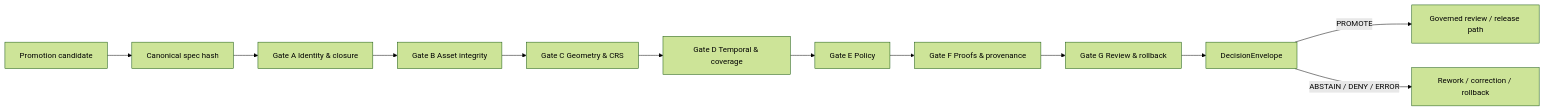
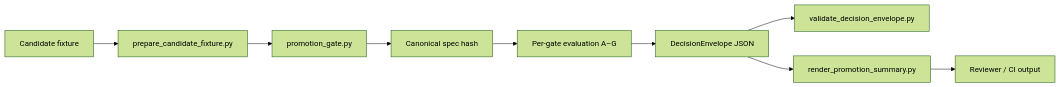
The diagram in tools/validators/promotion_gate/README.md (bartytime4life/Kansas-Frontier-Matrix), drawn with Mermaid (forest theme) before and after one commit. The commit also changed other lines of this file, not shown here.

First line of the commit message:
Revise README.md for promotion gate updates

````diff
--- a/tools/validators/promotion_gate/README.md
+++ b/tools/validators/promotion_gate/README.md
@@ -291,14 +257,11 @@
 ```mermaid
 flowchart LR
-    A[Promotion candidate] --> B[Canonical spec hash]
-    B --> C[Gate A Identity & closure]
-    C --> D[Gate B Asset integrity]
-    D --> E[Gate C Geometry & CRS]
-    E --> F[Gate D Temporal & coverage]
-    F --> G[Gate E Policy]
-    G --> H[Gate F Proofs & provenance]
-    H --> I[Gate G Review & rollback]
-    I --> J[DecisionEnvelope]
-    J -->|PROMOTE| K[Governed review / release path]
-    J -->|ABSTAIN / DENY / ERROR| L[Rework / correction / rollback]
+    A[Candidate fixture] --> B[prepare_candidate_fixture.py]
+    B --> C[promotion_gate.py]
+    C --> D[Canonical spec hash]
+    D --> E[Per-gate evaluation A–G]
+    E --> F[DecisionEnvelope JSON]
+    F --> G[validate_decision_envelope.py]
+    F --> H[render_promotion_summary.py]
+    H --> I[Reviewer / CI output]
 ```
````
